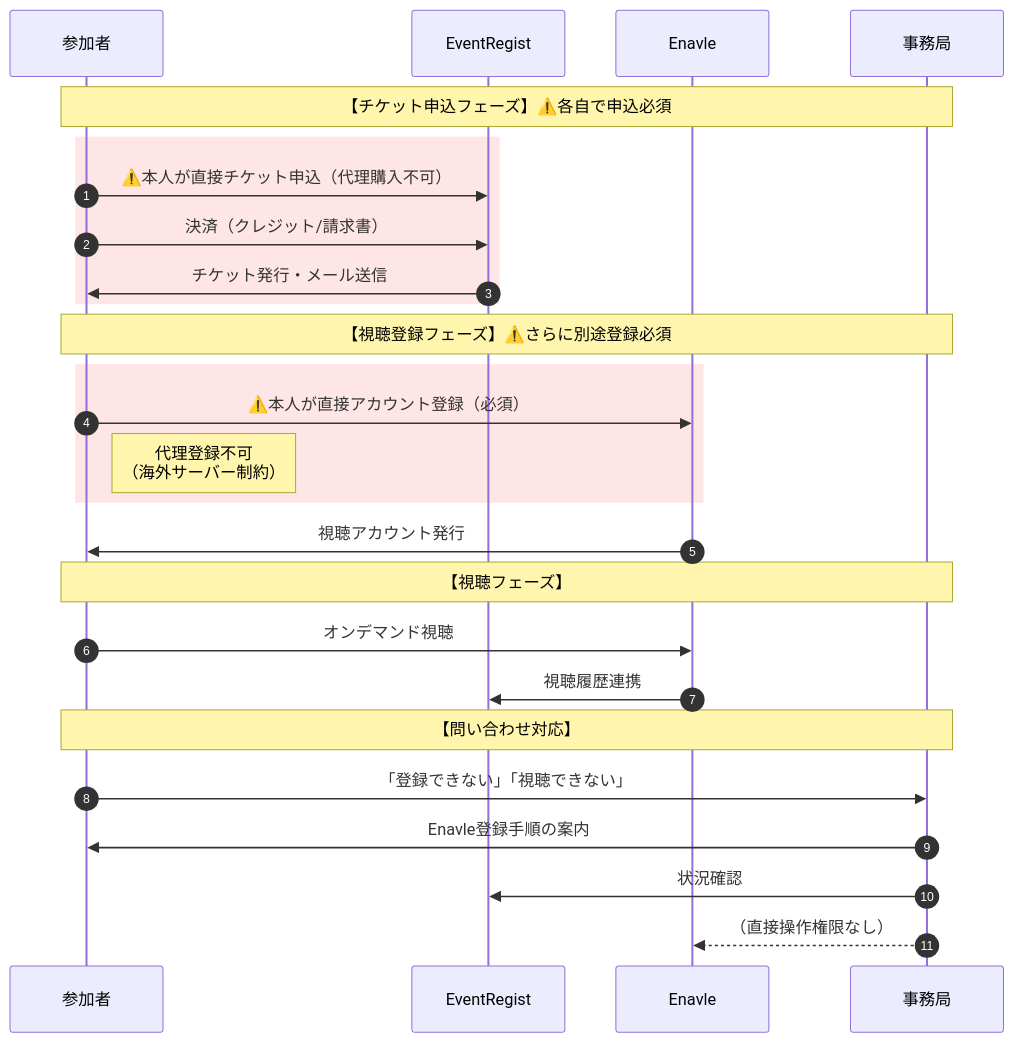
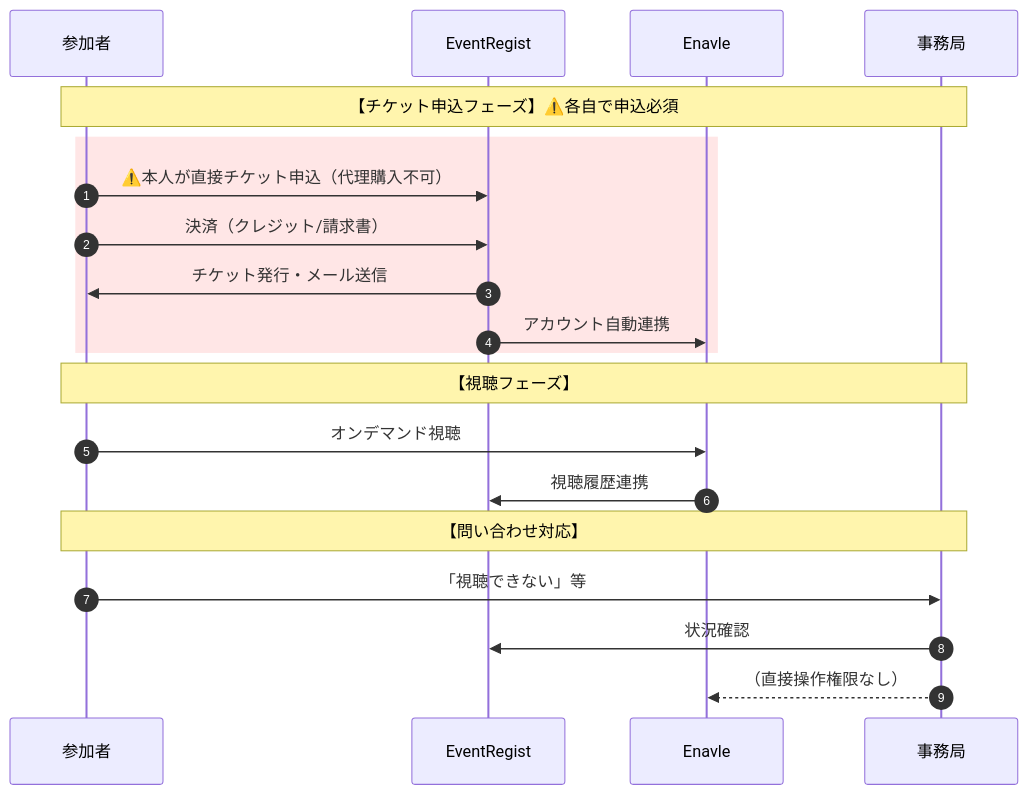
Before and after one commit to inini-afk/2026jtffestival: the first of 4 diagrams in system-comparison-analysis.md, drawn with Mermaid. The commit also changed other lines of this file and 2 other files, not shown here.

First line of the commit message:
Fix Option 1: Enavle auto-registration after EventRegist

````diff
--- a/system-comparison-analysis.md
+++ b/system-comparison-analysis.md
@@ -19,32 +19,25 @@
 ```mermaid
 sequenceDiagram
     autonumber
     participant 参加者
     participant EventRegist
     participant Enavle
     participant 事務局
 
     Note over 参加者,事務局: 【チケット申込フェーズ】⚠️各自で申込必須
     rect rgb(255, 230, 230)
         参加者->>EventRegist: ⚠️本人が直接チケット申込（代理購入不可）
         参加者->>EventRegist: 決済（クレジット/請求書）
         EventRegist->>参加者: チケット発行・メール送信
+        EventRegist->>Enavle: アカウント自動連携
     end
-
-    Note over 参加者,事務局: 【視聴登録フェーズ】⚠️さらに別途登録必須
-    rect rgb(255, 230, 230)
-        参加者->>Enavle: ⚠️本人が直接アカウント登録（必須）
-        Note right of 参加者: 代理登録不可<br/>（海外サーバー制約）
-    end
-    Enavle->>参加者: 視聴アカウント発行
 
     Note over 参加者,事務局: 【視聴フェーズ】
     参加者->>Enavle: オンデマンド視聴
     Enavle->>EventRegist: 視聴履歴連携
 
     Note over 参加者,事務局: 【問い合わせ対応】
-    参加者->>事務局: 「登録できない」「視聴できない」
-    事務局->>参加者: Enavle登録手順の案内
+    参加者->>事務局: 「視聴できない」等
     事務局->>EventRegist: 状況確認
     事務局-->>Enavle: （直接操作権限なし）
 ```
````
